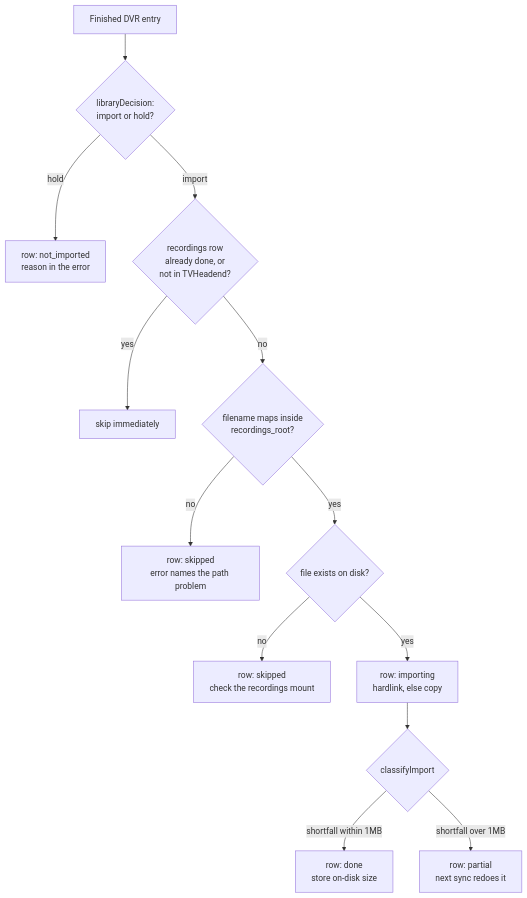
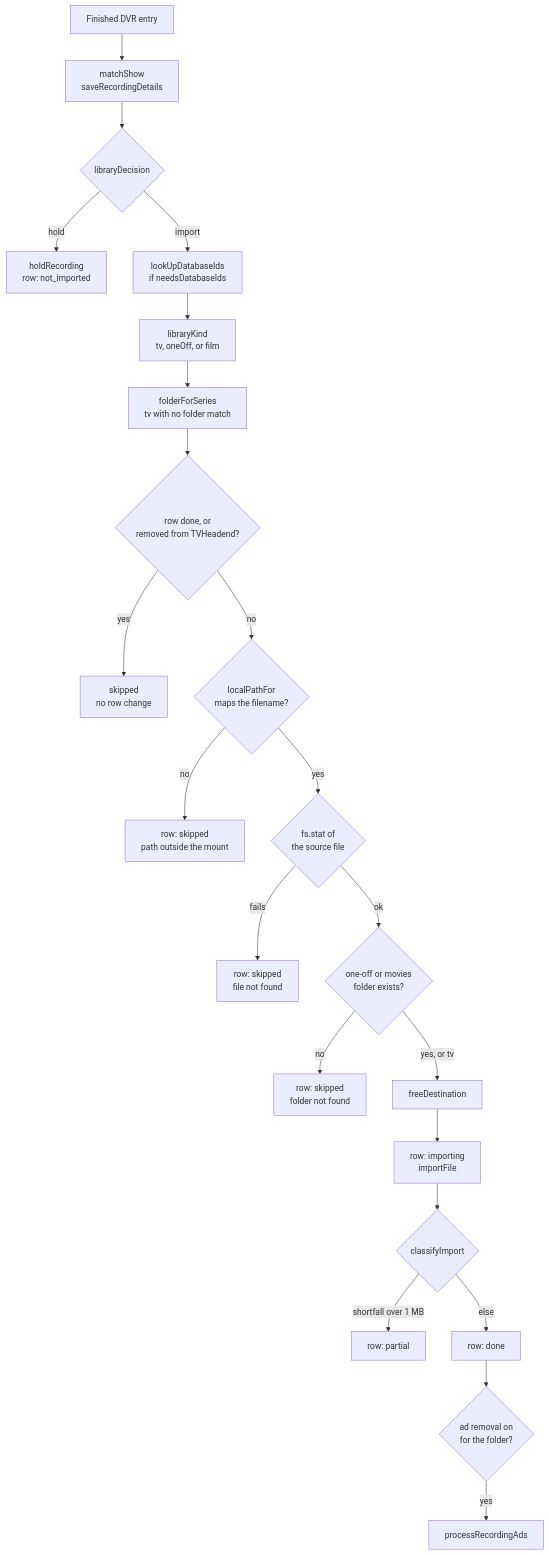
The fifth of 8 diagrams in docs/DEEP_DIVE.md (furey/freetvarr), drawn with Mermaid before and after one commit. The commit also changed other lines of this file, not shown here.

Commit message:
Rewrote the technical deep dive as a verified reference of the current implementation, with new sections for startup, storage, TVHeadend setup, playback, health checks, and the web client, corrected diagrams, and first-mention links.

````diff
--- a/docs/DEEP_DIVE.md
+++ b/docs/DEEP_DIVE.md
@@ -150,15 +991,24 @@
 ```mermaid
 flowchart TD
-  entry["Finished DVR entry"] --> decide{"libraryDecision:<br>import or hold?"}
-  decide -->|hold| held["row: not_imported<br>reason in the error"]
-  decide -->|import| donecheck{"recordings row<br>already done, or<br>not in TVHeadend?"}
-  donecheck -->|yes| skip["skip immediately"]
-  donecheck -->|no| pathcheck{"filename maps inside<br>recordings_root?"}
-  pathcheck -->|no| skiprow["row: skipped<br>error names the path problem"]
-  pathcheck -->|yes| statcheck{"file exists on disk?"}
-  statcheck -->|no| skipmissing["row: skipped<br>check the recordings mount"]
-  statcheck -->|yes| imp["row: importing<br>hardlink, else copy"]
+  entry["Finished DVR entry"] --> match["matchShow<br>saveRecordingDetails"]
+  match --> decide{"libraryDecision"}
+  decide -->|hold| held["holdRecording<br>row: not_imported"]
+  decide -->|import| ids["lookUpDatabaseIds<br>if needsDatabaseIds"]
+  ids --> kind["libraryKind<br>tv, oneOff, or film"]
+  kind --> folder["folderForSeries<br>tv with no folder match"]
+  folder --> donecheck{"row done, or<br>removed from TVHeadend?"}
+  donecheck -->|yes| skip["skipped<br>no row change"]
+  donecheck -->|no| pathcheck{"localPathFor<br>maps the filename?"}
+  pathcheck -->|no| skippath["row: skipped<br>path outside the mount"]
+  pathcheck -->|yes| statcheck{"fs.stat of<br>the source file"}
+  statcheck -->|fails| skipfile["row: skipped<br>file not found"]
+  statcheck -->|ok| rootcheck{"one-off or movies<br>folder exists?"}
+  rootcheck -->|no| skiproot["row: skipped<br>folder not found"]
+  rootcheck -->|"yes, or tv"| dest["freeDestination"]
+  dest --> imp["row: importing<br>importFile"]
   imp --> classify{"classifyImport"}
-  classify -->|"shortfall within 1MB"| ok["row: done<br>store on-disk size"]
-  classify -->|"shortfall over 1MB"| partial["row: partial<br>next sync redoes it"]
+  classify -->|"shortfall over 1 MB"| partial["row: partial"]
+  classify -->|"else"| done["row: done"]
+  done --> ads{"ad removal on<br>for the folder?"}
+  ads -->|yes| adrun["processRecordingAds"]
 ```
````
